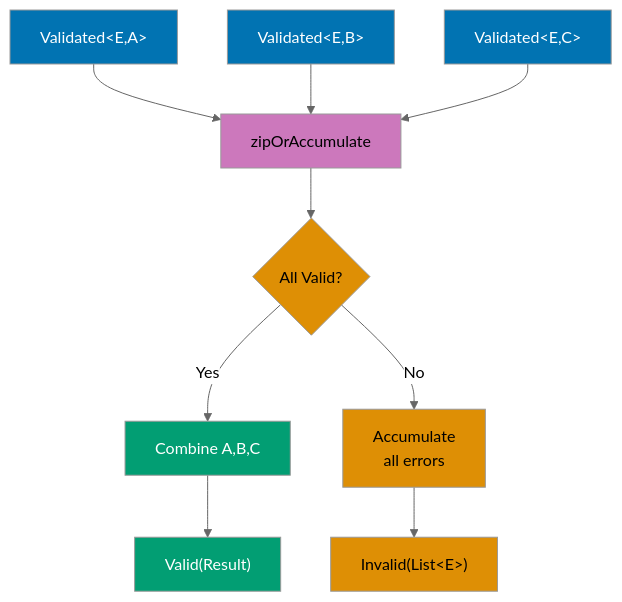
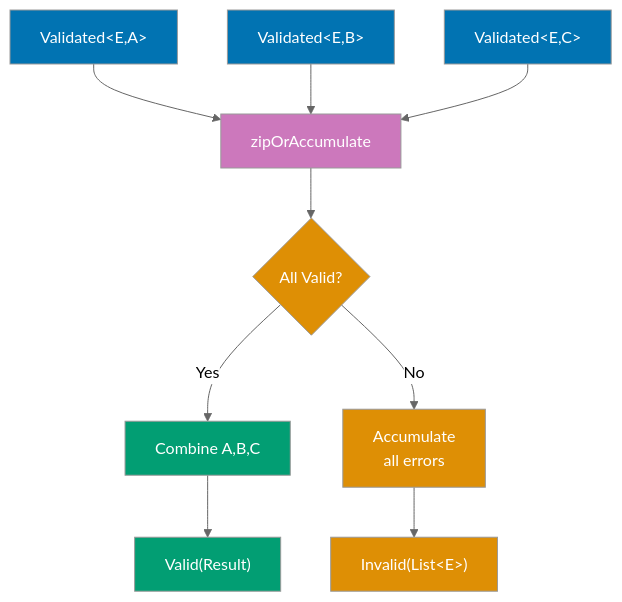
Diagram 12 of 22 in apps/ayokoding-web/content/en/learn/software-engineering/programming-languages/kotlin/by-example/advanced.md (wahidyankf/open-sharia-enterprise), drawn with Mermaid (neutral theme) before and after one commit. The commit also changed other lines of this file and 61 other files, not shown here.

First line of the commit message:
fix(ayokoding-web): quote Mermaid node labels with special characters in Example 63

````diff
--- a/apps/ayokoding-web/content/en/learn/software-engineering/programming-languages/kotlin/by-example/advanced.md
+++ b/apps/ayokoding-web/content/en/learn/software-engineering/programming-languages/kotlin/by-example/advanced.md
@@ -2597,24 +2597,24 @@
 ```mermaid
 %% Color Palette: Blue #0173B2, Orange #DE8F05, Teal #029E73, Purple #CC78BC, Brown #CA9161
 graph TD
     V1[Validated#60;E,A#62;] --> Zip[zipOrAccumulate]
     V2[Validated#60;E,B#62;] --> Zip
     V3[Validated#60;E,C#62;] --> Zip
 
     Zip --> Check{All Valid?}
     Check -->|Yes| Combine[Combine A,B,C]
     Check -->|No| Errors[Accumulate<br/>all errors]
 
     Combine --> Result[Valid#40;Result#41;]
     Errors --> Invalid[Invalid#40;List#60;E#62;#41;]
 
     style V1 fill:#0173B2,color:#fff
     style V2 fill:#0173B2,color:#fff
     style V3 fill:#0173B2,color:#fff
-    style Zip fill:#CC78BC,color:#000
-    style Check fill:#DE8F05,color:#000
+    style Zip fill:#CC78BC,color:#fff
+    style Check fill:#DE8F05,color:#fff
     style Combine fill:#029E73,color:#fff
-    style Errors fill:#DE8F05,color:#000
+    style Errors fill:#DE8F05,color:#fff
     style Result fill:#029E73,color:#fff
-    style Invalid fill:#DE8F05,color:#000
+    style Invalid fill:#DE8F05,color:#fff
 ```
````
